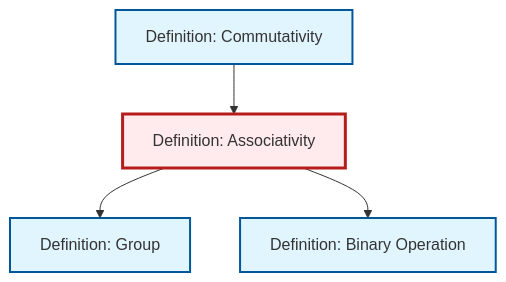
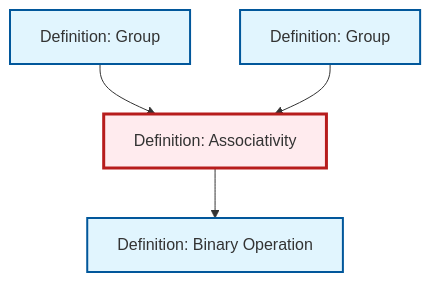
Before and after one commit to RK0429/ModernMath: the diagram in content/ja/algebra/def-associativity.qmd, drawn with Mermaid. The commit also changed 511 other files, not shown here.

````diff
--- a/content/ja/algebra/def-associativity.qmd
+++ b/content/ja/algebra/def-associativity.qmd
@@ -101,21 +101,17 @@
 ```{mermaid}
 %%| fig-cap: "Local dependency graph"
 graph TD
     classDef definition fill:#e1f5fe,stroke:#01579b,stroke-width:2px
     classDef theorem fill:#f3e5f5,stroke:#4a148c,stroke-width:2px
     classDef axiom fill:#fff3e0,stroke:#e65100,stroke-width:2px
     classDef example fill:#e8f5e9,stroke:#1b5e20,stroke-width:2px
     classDef current fill:#ffebee,stroke:#b71c1c,stroke-width:3px
     def-group["Definition: Group"]:::definition
+    def-group-example["Definition: Group"]:::definition
+    def-associativity["Definition: Associativity"]:::definition
     def-binary-operation["Definition: Binary Operation"]:::definition
-    def-associativity["Definition: Associativity"]:::definition
-    def-commutativity["Definition: Commutativity"]:::definition
-    def-commutativity --> def-associativity
-    def-associativity --> def-group
     def-associativity --> def-binary-operation
+    def-group-example --> def-associativity
+    def-group --> def-associativity
     class def-associativity current
-
-    click def-group "def-group.html" "Definition: Groupへ"
-    click def-binary-operation "def-binary-operation.html" "Definition: Binary Operationへ"
-    click def-commutativity "def-commutativity.html" "Definition: Commutativityへ"
 ```
````
